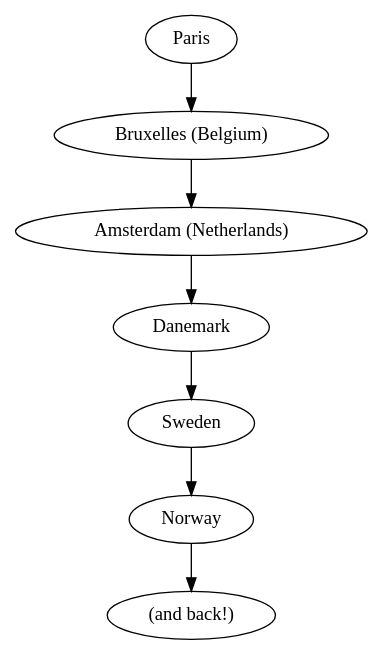
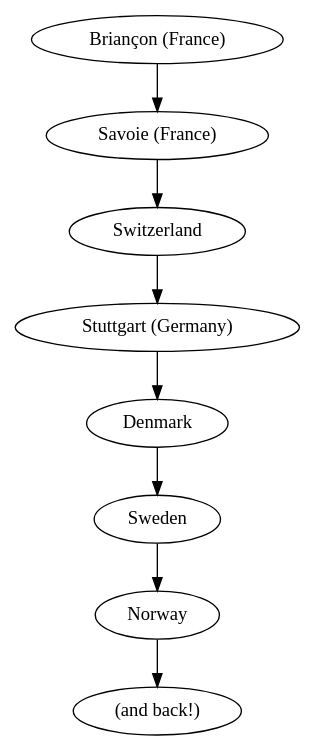
Before and after one commit to Naereen/web-sphinx: the diagram in autostop.en.rst, drawn with Graphviz. The commit also changed other lines of this file and 9 other files, not shown here.

```diff
--- a/autostop.en.rst
+++ b/autostop.en.rst
@@ -37,3 +34,3 @@
-.. digraph:: voyage2
+.. digraph:: voyage
 
-   "Paris" -> "Bruxelles (Belgium)" -> "Amsterdam (Netherlands)" -> "Danemark" -> "Sweden" -> "Norway" -> "(and back!)";
+   "Briançon (France)" -> "Savoie (France)" -> "Switzerland" -> "Stuttgart (Germany)" -> "Denmark" -> "Sweden" -> "Norway" -> "(and back!)";
```
